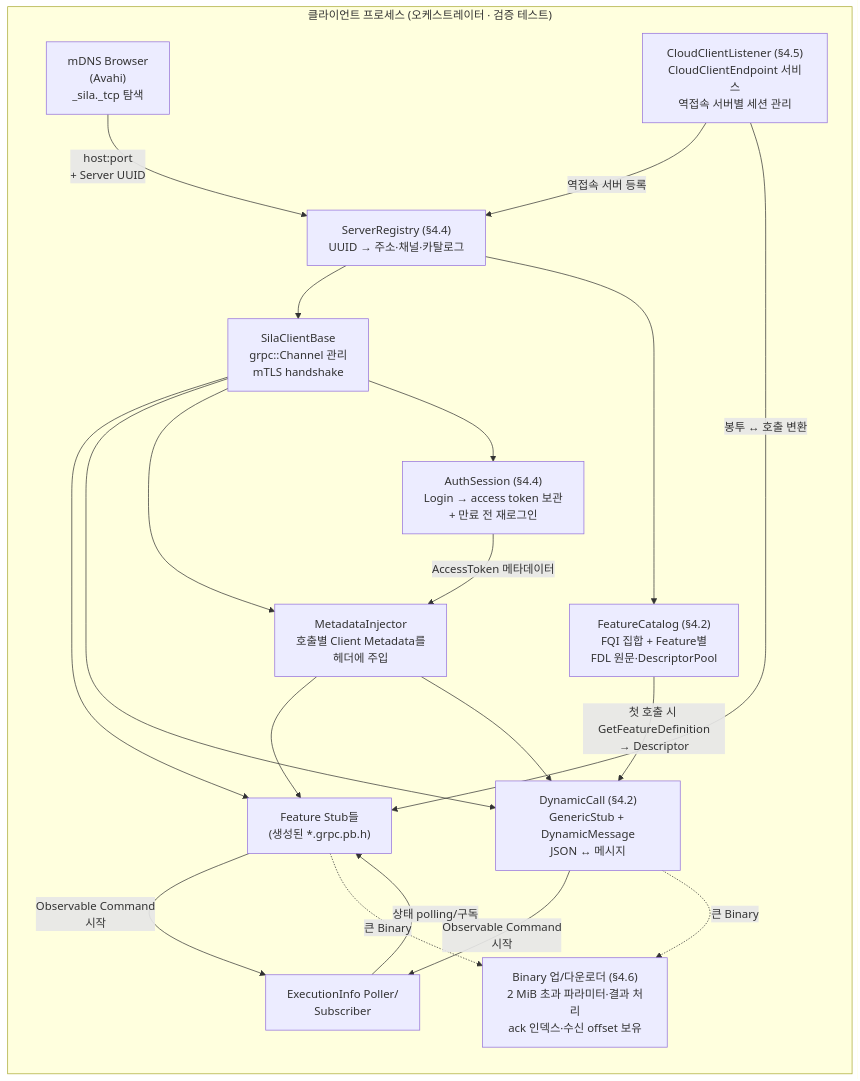
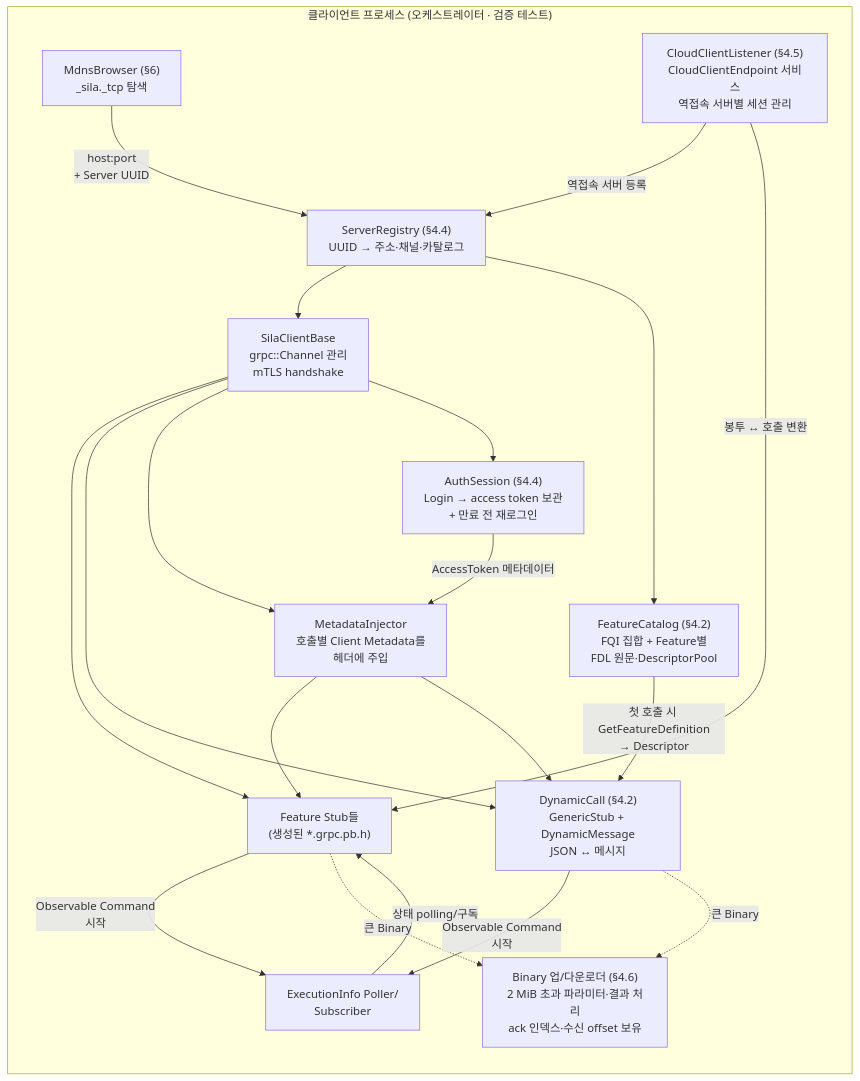
The ninth of 13 diagrams in reference/architecture.md (Yeounui/sila_cpp_r), drawn with Mermaid before and after one commit. The commit also changed other lines of this file and 1 other file, not shown here.

First line of the commit message:
Switch mDNS backend from Avahi to the vcpkg mdns library

````diff
--- a/reference/architecture.md
+++ b/reference/architecture.md
@@ -520,35 +520,35 @@
 ```mermaid
 flowchart LR
     subgraph ClientProc["클라이언트 프로세스 (오케스트레이터 · 검증 테스트)"]
-        Discovery["mDNS Browser<br/>(Avahi)<br/>_sila._tcp 탐색"]
+        Discovery["MdnsBrowser (§6)<br/>_sila._tcp 탐색"]
         Reg["ServerRegistry (§4.4)<br/>UUID → 주소·채널·카탈로그"]
         SCB["SilaClientBase<br/>grpc::Channel 관리<br/>mTLS handshake"]
         Stubs["Feature Stub들<br/>(생성된 *.grpc.pb.h)"]
         Cat["FeatureCatalog (§4.2)<br/>FQI 집합 + Feature별<br/>FDL 원문·DescriptorPool"]
         Dyn["DynamicCall (§4.2)<br/>GenericStub + DynamicMessage<br/>JSON ↔ 메시지"]
         Poller["ExecutionInfo Poller/<br/>Subscriber"]
         MDI["MetadataInjector<br/>호출별 Client Metadata를<br/>헤더에 주입"]
         Auth["AuthSession (§4.4)<br/>Login → access token 보관<br/>+ 만료 전 재로그인"]
         BinC["Binary 업/다운로더 (§4.6)<br/>2 MiB 초과 파라미터·결과 처리<br/>ack 인덱스·수신 offset 보유"]
         CCL["CloudClientListener (§4.5)<br/>CloudClientEndpoint 서비스<br/>역접속 서버별 세션 관리"]
     end
 
     Discovery -- "host:port<br/>+ Server UUID" --> Reg
     CCL -- "역접속 서버 등록" --> Reg
     Reg --> SCB
     Reg --> Cat
     SCB --> Stubs
     SCB --> Dyn
     Cat -- "첫 호출 시 GetFeatureDefinition<br/>→ Descriptor" --> Dyn
     SCB --> MDI
     SCB --> Auth
     Auth -- "AccessToken 메타데이터" --> MDI
     MDI --> Stubs
     MDI --> Dyn
     Stubs -- "Observable Command<br/>시작" --> Poller
     Dyn -- "Observable Command<br/>시작" --> Poller
     Poller -- "상태 polling/구독" --> Stubs
     Stubs -. "큰 Binary" .-> BinC
     Dyn -. "큰 Binary" .-> BinC
     CCL -- "봉투 ↔ 호출 변환" --> Stubs
 ```
````
